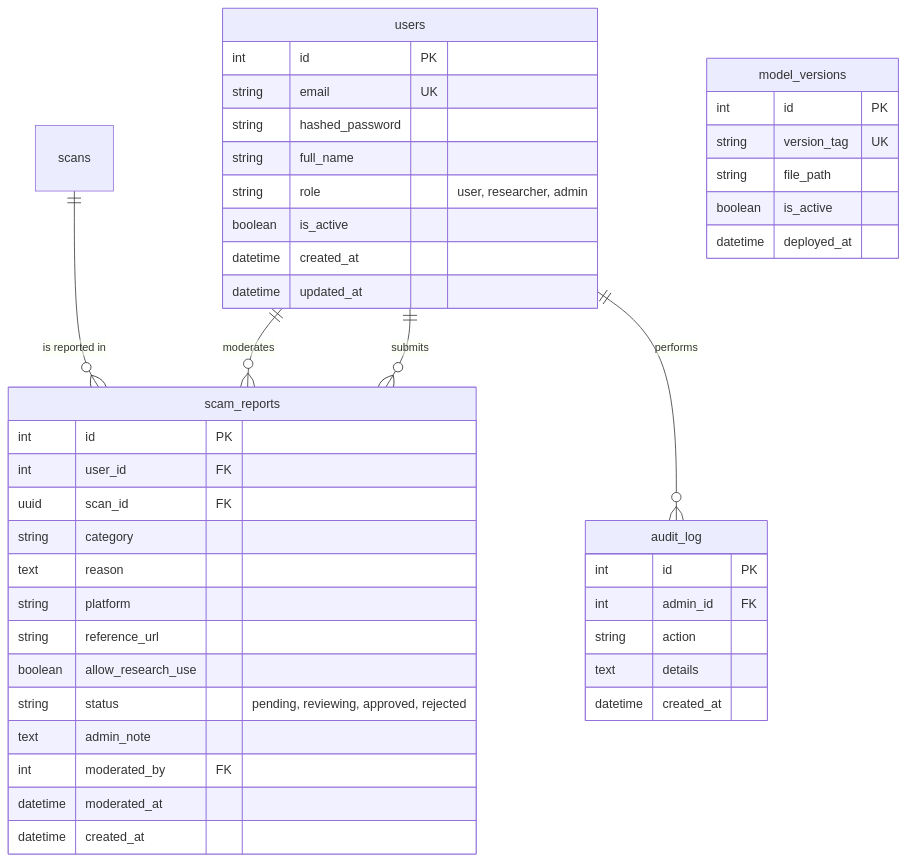
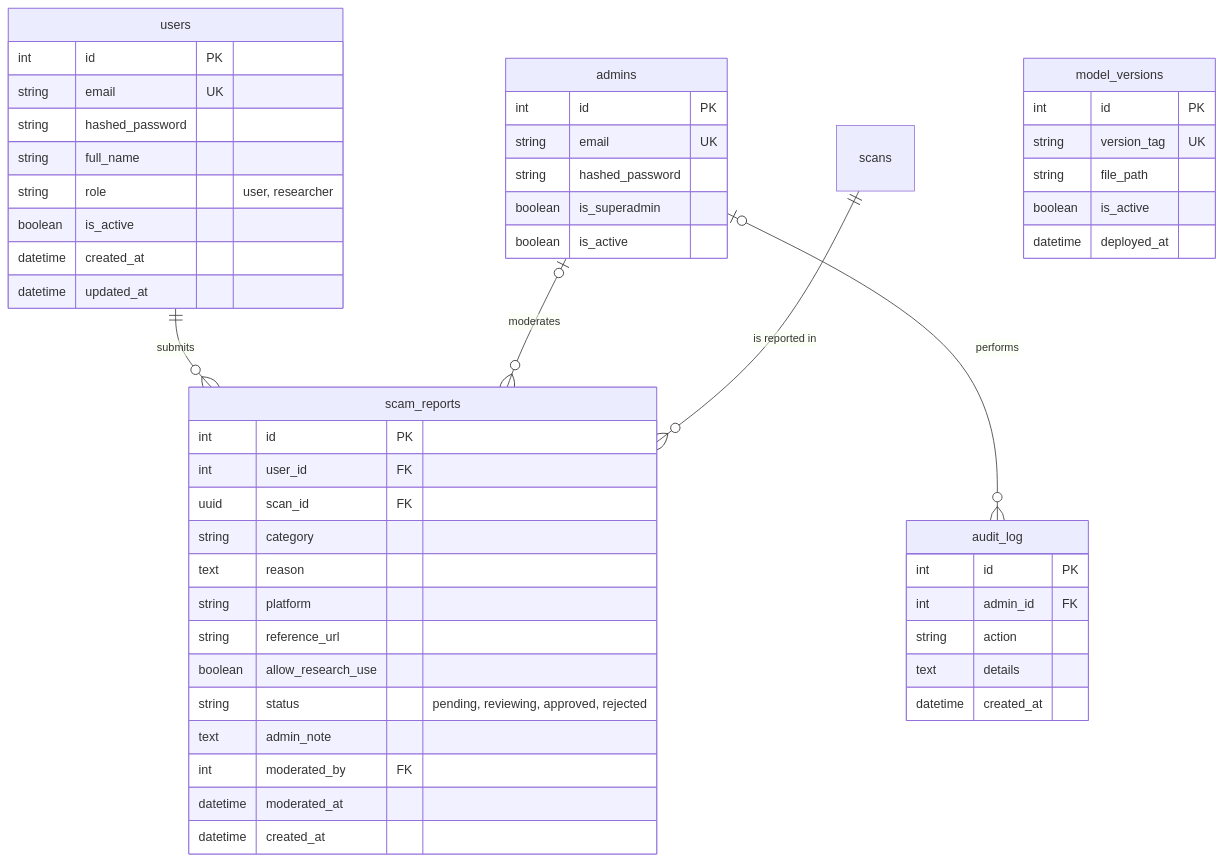
Before and after one commit to Panuwat-ta/project: the fourth of 4 diagrams in Document/admin/admin.md, drawn with Mermaid. The commit also changed other lines of this file and 143 other files, not shown here.

First line of the commit message:
Update traceability matrix, use case diagram, and test cases documentation

````diff
--- a/Document/admin/admin.md
+++ b/Document/admin/admin.md
@@ -866,50 +870,58 @@
 ```mermaid
 erDiagram
     users ||--o{ scam_reports : "submits"
-    users ||--o{ scam_reports : "moderates"
-    users ||--o{ audit_log : "performs"
+    admins |o--o{ scam_reports : "moderates"
+    admins |o--o{ audit_log : "performs"
     scans ||--o{ scam_reports : "is reported in"
 
     users {
         int id PK
         string email UK
         string hashed_password
         string full_name
-        string role "user, researcher, admin"
+        string role "user, researcher"
         boolean is_active
         datetime created_at
         datetime updated_at
+    }
+
+    admins {
+        int id PK
+        string email UK
+        string hashed_password
+        boolean is_superadmin
+        boolean is_active
     }
 
     scam_reports {
         int id PK
         int user_id FK
         uuid scan_id FK
         string category
         text reason
         string platform
         string reference_url
         boolean allow_research_use
         string status "pending, reviewing, approved, rejected"
         text admin_note
         int moderated_by FK
         datetime moderated_at
         datetime created_at
     }
 
     audit_log {
         int id PK
         int admin_id FK
         string action
         text details
         datetime created_at
     }
 
     model_versions {
         int id PK
         string version_tag UK
         string file_path
         boolean is_active
         datetime deployed_at
     }
 ```
````
